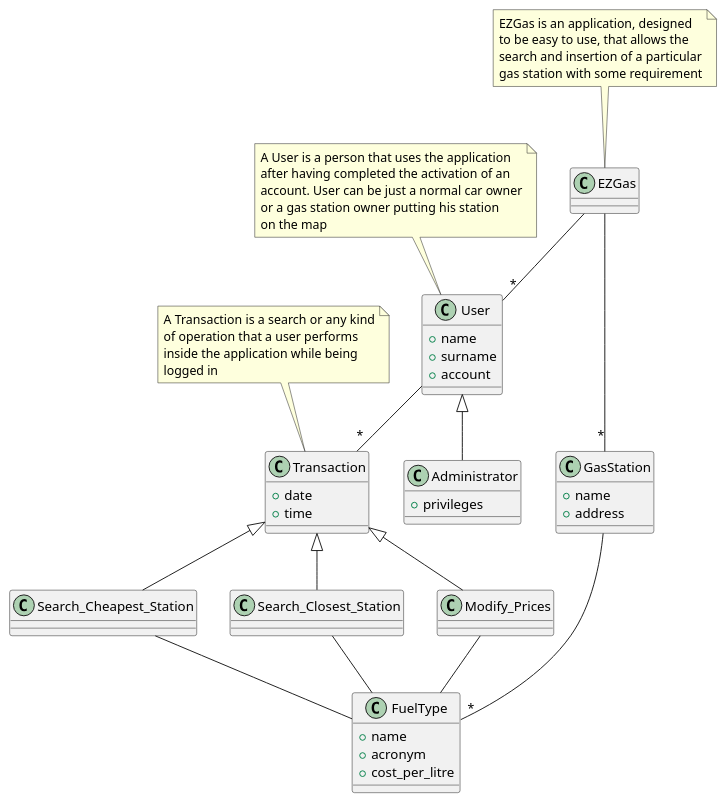
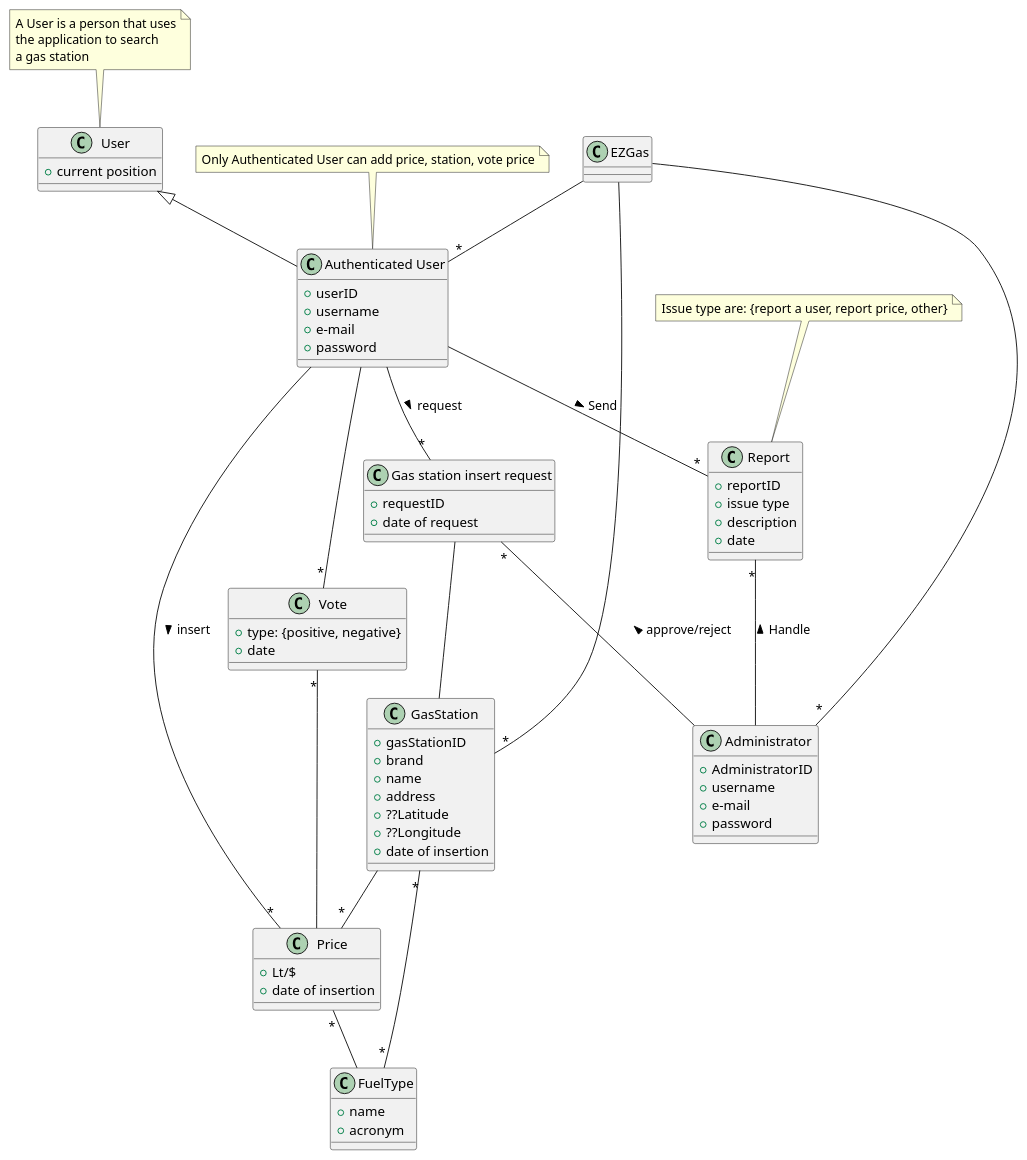
One commit to SE2-group4/SE1-project changed the third of 3 diagrams in docs/RequirementsDocument.md. Above: the diagram before and after it, drawn with PlantUML. The commit also changed other lines of this file, not shown here.

Commit message:
docs: changes in the use cases and scenarios

````diff
--- a/docs/RequirementsDocument.md
+++ b/docs/RequirementsDocument.md
@@ -293,63 +309,88 @@
 ```plantuml
 @startuml
-
 class EZGas
 
 class User{
-	+ name
-	+ surname
-	+ account
+  + current position
+}
+
+class "Authenticated User"{
+  + userID
+  + username
+  + e-mail
+  + password
 }
 
 class Administrator{
-	+ privileges
+  + AdministratorID
+  + username
+  + e-mail
+  + password
 }
 
 class GasStation{
-	+ name
-	+ address
+  + gasStationID
+  + brand
+  + name
+  + address
+  + ??Latitude
+  + ??Longitude
+  + date of insertion
 }
 
-class FuelType{
-	+ name
-	+ acronym
-	+ cost_per_litre
+class "Gas station insert request"{
+  + requestID
+  + date of request
 }
 
-class Transaction {
-	+ date
-	+ time
+
+class FuelType{
+  + name
+  + acronym
 }
 
-class Search_Cheapest_Station
-class Search_Closest_Station
-class Modify_Prices
+class Price{
+  + Lt/$
+  + date of insertion
+}
+
+class Vote{
+  + type: {positive, negative}
+  + date
+}
+
+class Report{
+  + reportID
+  + issue type
+  + description
+  + date
+}
 
 
-EZGas -- "*" User
+User <|-- "Authenticated User"
+EZGas -- "*" "Authenticated User"
 EZGas -- "*" GasStation
+EZGas -- "*" Administrator
+Price "*" -- FuelType
+GasStation -- "*" Price
+GasStation "*" -- "*" FuelType
+"Authenticated User" -- "*" Vote
+"Authenticated User" -- "*" Price : insert >
+"Authenticated User" -- "*" "Gas station insert request" : request >
+"Gas station insert request" -- GasStation
+"Gas station insert request" "*" -- Administrator : < approve/reject 
+Vote "*" -- Price
+"Authenticated User"-- "*" Report : Send >
+Report "*" -- Administrator : < Handle 
 
-GasStation -- "*" FuelType
 
-User -- "*" Transaction
+note "A User is a person that uses\nthe application to search\na gas station" as N1
+N1 .. User
 
-Search_Cheapest_Station -- FuelType
-Search_Closest_Station -- FuelType
-Modify_Prices -- FuelType
+note "Only Authenticated User can add price, station, vote price" as N2
+N2 .. "Authenticated User"
 
-Transaction <|-- Search_Cheapest_Station
-Transaction <|-- Search_Closest_Station
-Transaction <|-- Modify_Prices
-User <|-- Administrator
-
-note "A Transaction is a search or any kind\nof operation that a user performs\ninside the application while being\nlogged in" as N1
-N1 .. Transaction
-
-note "A User is a person that uses the application\nafter having completed the activation of an\naccount. User can be just a normal car owner\nor a gas station owner putting his station\non the map" as N2
-N2 .. User
-
-note "EZGas is an application, designed\nto be easy to use, that allows the\nsearch and insertion of a particular\ngas station with some requirement" as N3
-N3 .. EZGas
-
+note "Issue type are: {report a user, report price, other}" as N3
+N3 .. Report
 @enduml
 ```
````
